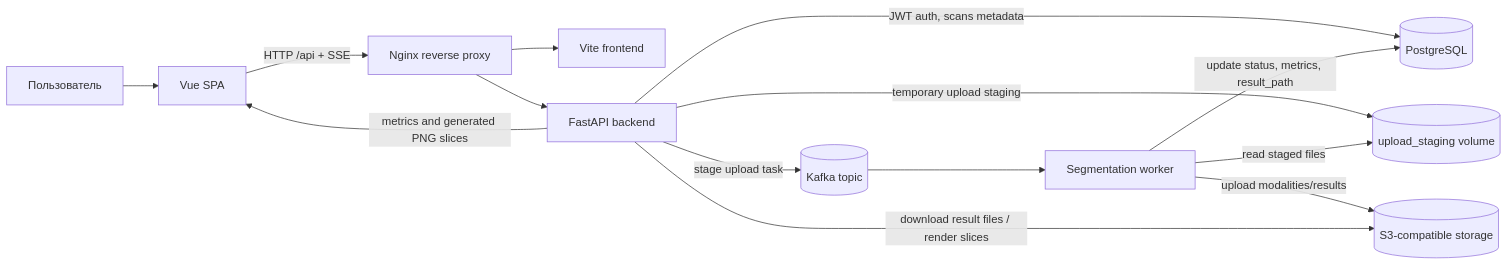
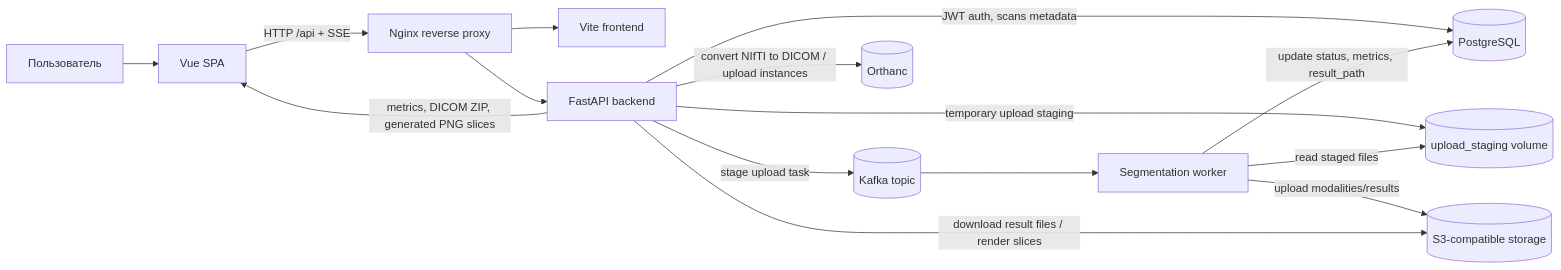
The first of 2 diagrams in README.md (carbon77/BratsSegmentationApp), drawn with Mermaid before and after one commit. The commit also changed other lines of this file, not shown here.

````diff
--- a/README.md
+++ b/README.md
@@ -22,19 +26,20 @@
 ```mermaid
 flowchart LR
     User[Пользователь] --> Browser[Vue SPA]
     Browser -->|HTTP /api + SSE| Nginx[Nginx reverse proxy]
     Nginx --> Frontend[Vite frontend]
     Nginx --> Backend[FastAPI backend]
 
     Backend -->|JWT auth, scans metadata| Postgres[(PostgreSQL)]
     Backend -->|stage upload task| Kafka[(Kafka topic)]
     Backend -->|temporary upload staging| Staging[(upload_staging volume)]
 
     Kafka --> Worker[Segmentation worker]
     Worker -->|read staged files| Staging
     Worker -->|upload modalities/results| ObjectStorage[(S3-compatible storage)]
     Worker -->|update status, metrics, result_path| Postgres
 
     Backend -->|download result files / render slices| ObjectStorage
-    Backend -->|metrics and generated PNG slices| Browser
+    Backend -->|convert NIfTI to DICOM / upload instances| Orthanc[(Orthanc)]
+    Backend -->|metrics, DICOM ZIP, generated PNG slices| Browser
 ```
````
